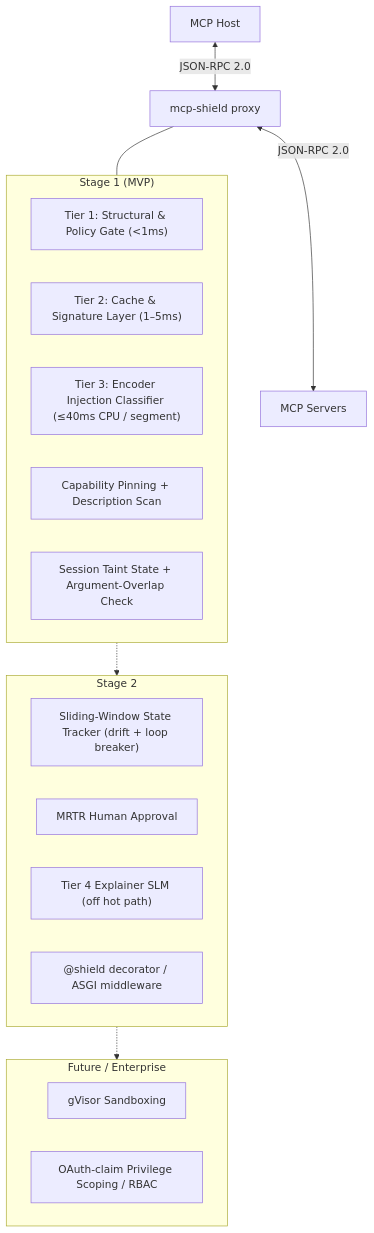
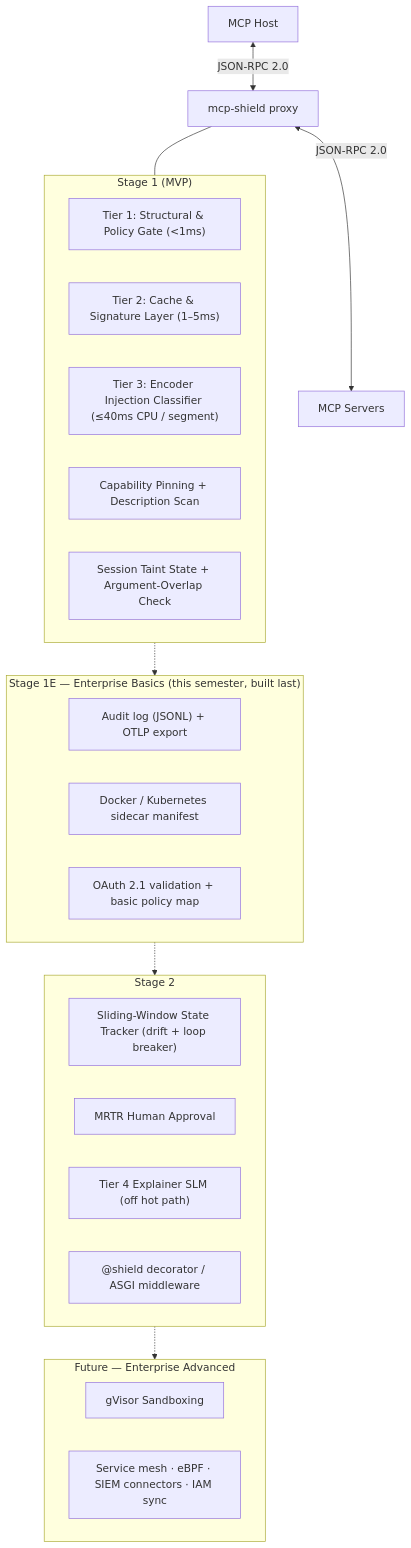
Before and after one commit to rishikeshvarma/MCP-Shield: the diagram in 06 - Fortified Solution & Defense Upgrades.md, drawn with Mermaid. The commit also changed other lines of this file and 12 other files, not shown here.

First line of the commit message:
Close planning-phase limitations; add Stage 1E enterprise basics

````diff
--- a/06 - Fortified Solution & Defense Upgrades.md
+++ b/06 - Fortified Solution & Defense Upgrades.md
@@ -25,29 +25,36 @@
 ```mermaid
 graph TD
     Host["MCP Host"] <-->|"JSON-RPC 2.0"| Proxy["mcp-shield proxy"]
     Proxy <-->|"JSON-RPC 2.0"| Servers["MCP Servers"]
 
     subgraph Stage1["Stage 1 (MVP)"]
         F1["Tier 1: Structural & Policy Gate (<1ms)"]
         F2["Tier 2: Cache & Signature Layer (1–5ms)"]
         F3["Tier 3: Encoder Injection Classifier (≤40ms CPU / segment)"]
         F4["Capability Pinning + Description Scan"]
         F5["Session Taint State + Argument-Overlap Check"]
     end
 
     subgraph Stage2["Stage 2"]
         F6["Sliding-Window State Tracker (drift + loop breaker)"]
         F7["MRTR Human Approval"]
         F8["Tier 4 Explainer SLM (off hot path)"]
         F9["@shield decorator / ASGI middleware"]
     end
 
-    subgraph Future["Future / Enterprise"]
+    subgraph Stage1E["Stage 1E — Enterprise Basics (this semester, built last)"]
+        F12["Audit log (JSONL) + OTLP export"]
+        F13["Docker / Kubernetes sidecar manifest"]
+        F14["OAuth 2.1 validation + basic policy map"]
+    end
+
+    subgraph Future["Future — Enterprise Advanced"]
         F10["gVisor Sandboxing"]
-        F11["OAuth-claim Privilege Scoping / RBAC"]
+        F11["Service mesh · eBPF · SIEM connectors · IAM sync"]
     end
 
     Proxy --- Stage1
-    Stage1 -.-> Stage2
+    Stage1 -.-> Stage1E
+    Stage1E -.-> Stage2
     Stage2 -.-> Future
 ```
````
